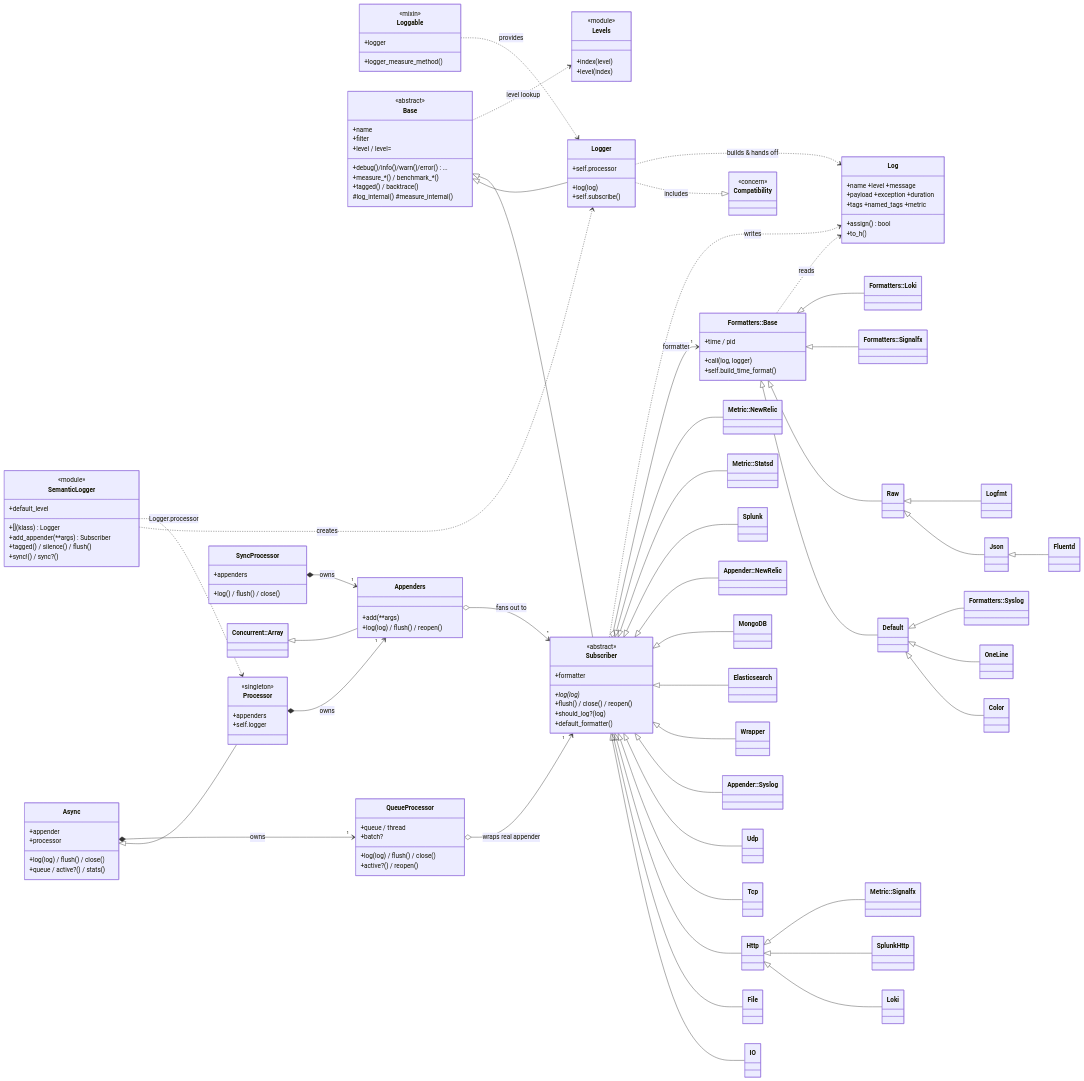
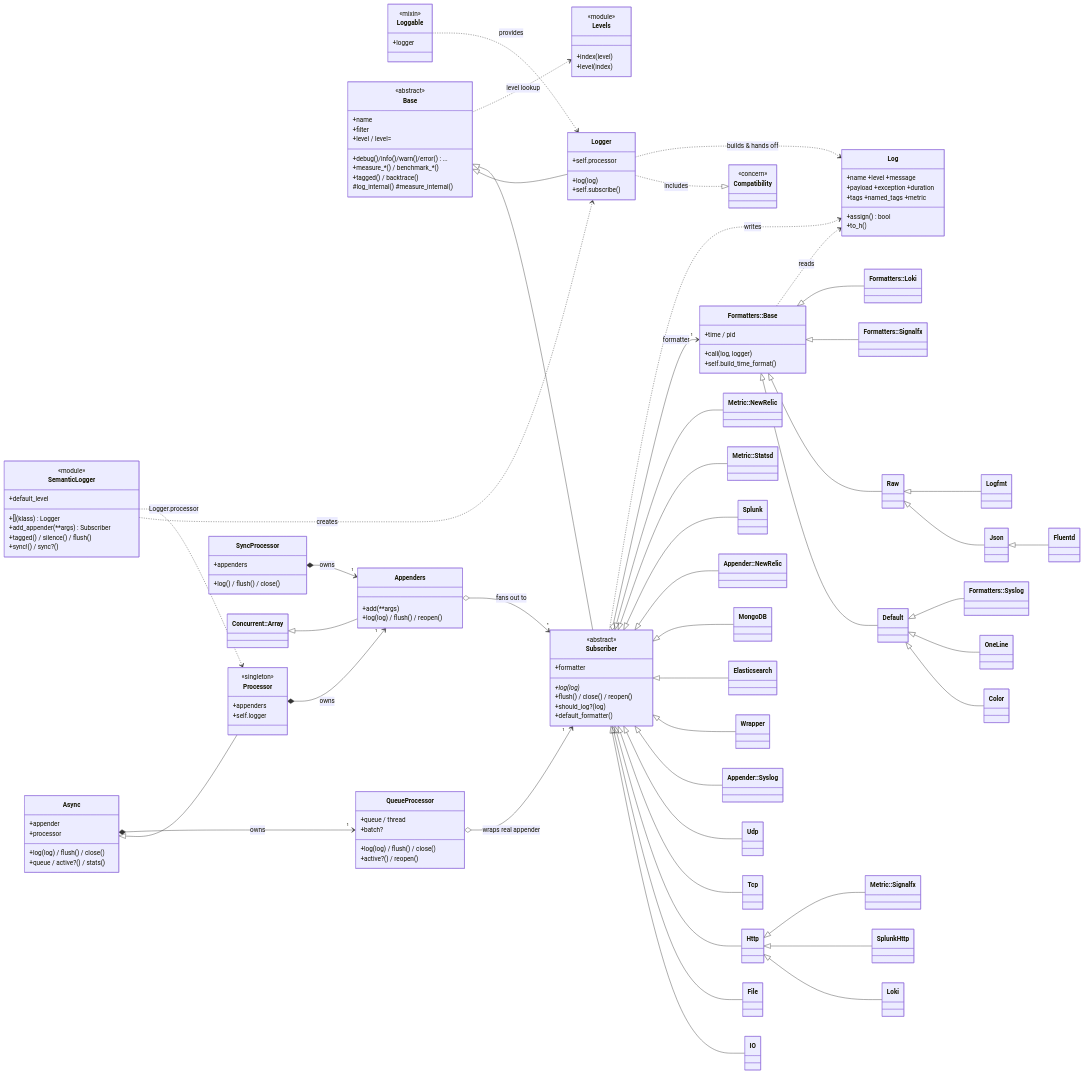
Before and after one commit to reidmorrison/semantic_logger: the diagram in CONTRIBUTING.md, drawn with Mermaid. The commit also changed 12 other files, not shown here.

First line of the commit message:
Remove the logger_measure_method experiment (#454)

```diff
--- a/CONTRIBUTING.md
+++ b/CONTRIBUTING.md
@@ -177,7 +177,6 @@
     class Loggable {
         <<mixin>>
         +logger
-        +logger_measure_method()
     }
     class Levels {
         <<module>>
```
